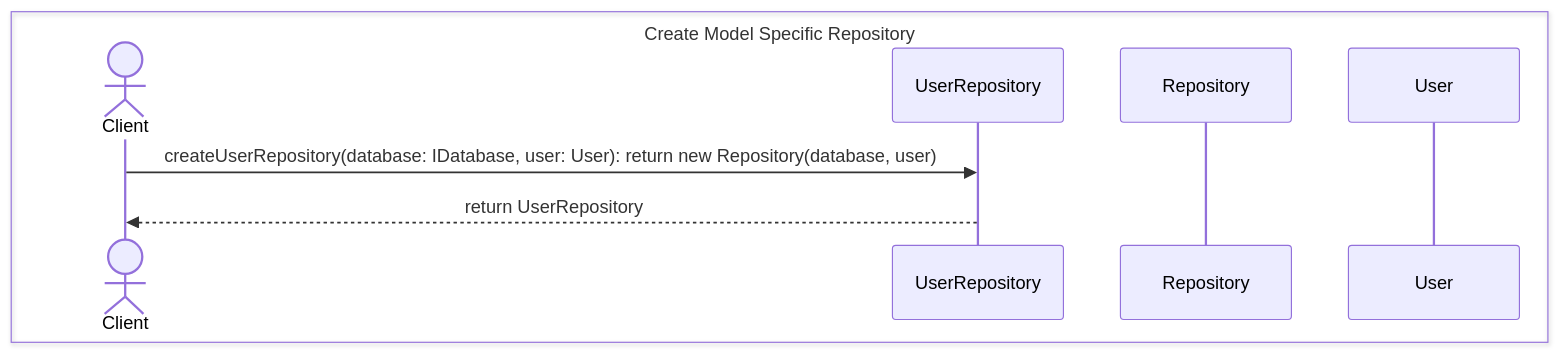
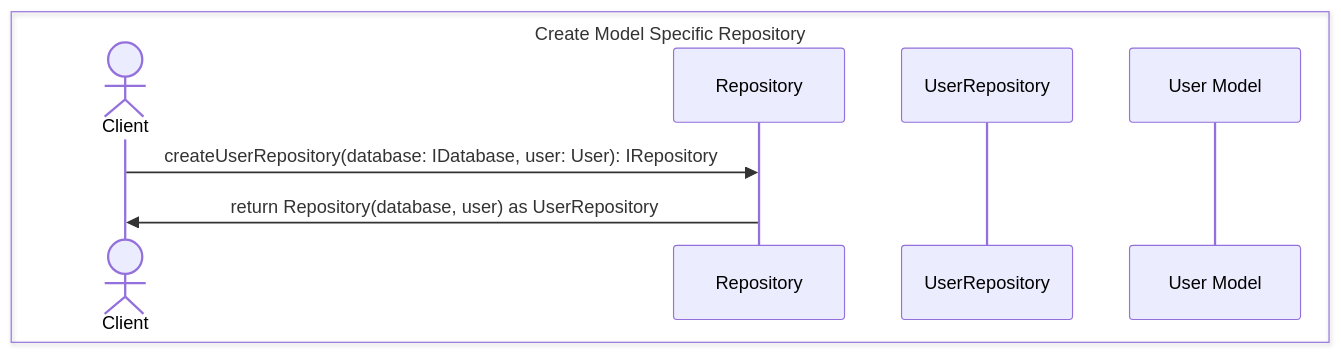
The third of 7 diagrams in README.md (dellius-alexander/CRUDRepository), drawn with Mermaid before and after one commit. The commit also changed other lines of this file and 1 other file, not shown here.

Commit message:
updated README.md document sequence diagram

````diff
--- a/README.md
+++ b/README.md
@@ -169,12 +169,12 @@
 ```mermaid
 sequenceDiagram
     box Create Model Specific Repository
     actor Client
+    participant Repository
     participant UserRepository
-    participant Repository
-    participant User
+    participant User as User Model
     end
     
-Client->>UserRepository: createUserRepository(database: IDatabase, user: User): return new Repository(database, user)
-UserRepository-->>Client: return UserRepository
+  Client->>Repository: createUserRepository(database: IDatabase, user: User): IRepository
+  Repository->>Client: return Repository(database, user) as UserRepository
 ```
````
